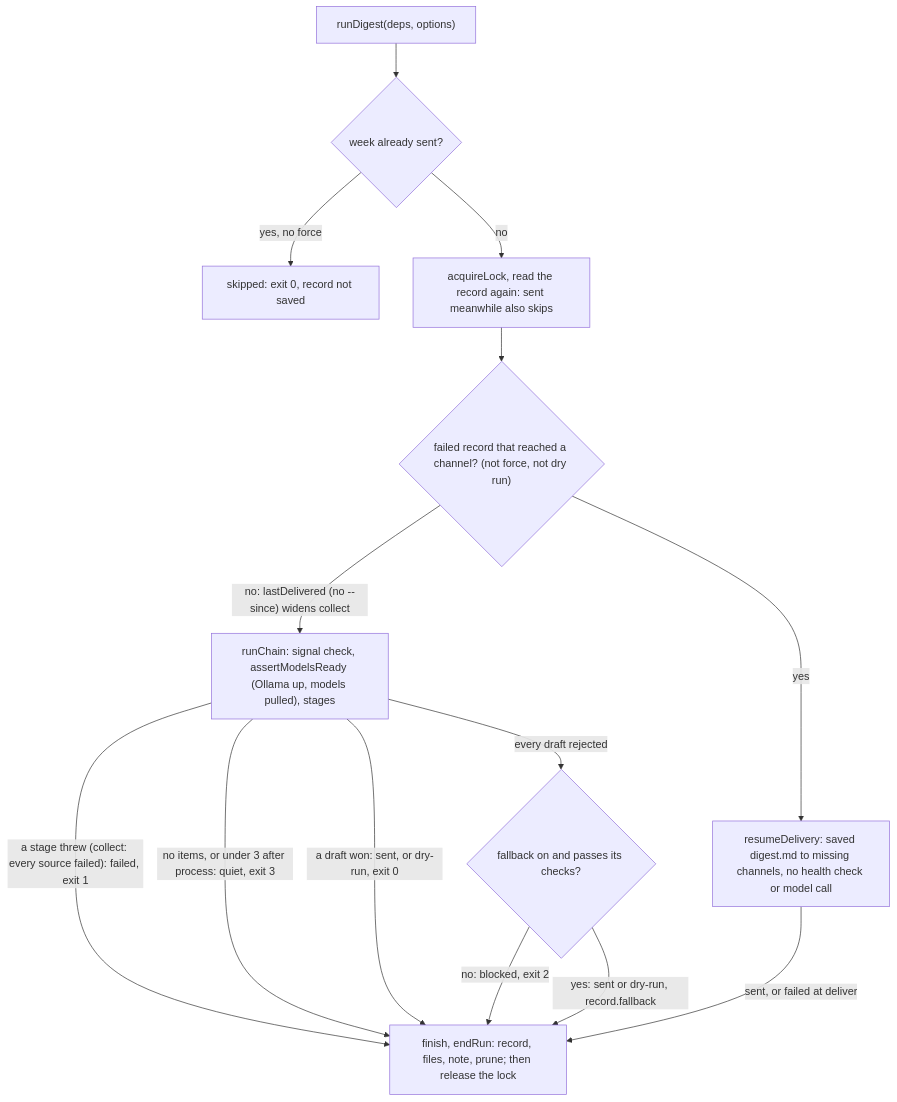
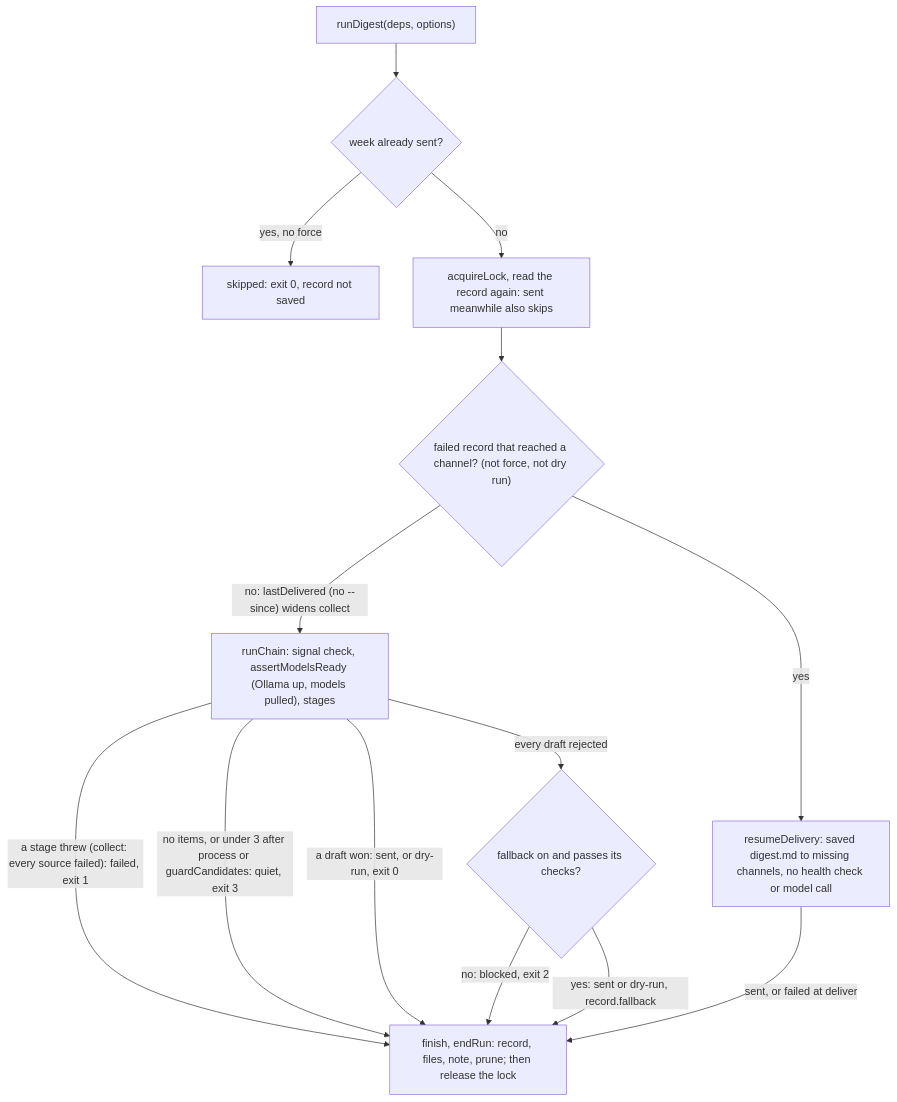
Before and after one commit to odere-pro/weekly-engineering-digest-agent: the second of 2 diagrams in src/digest/CLAUDE.md, drawn with Mermaid. The commit also changed other lines of this file and 106 other files, not shown here.

First line of the commit message:
perf: guard the picks after process and reuse a week's model answers

````diff
--- a/src/digest/CLAUDE.md
+++ b/src/digest/CLAUDE.md
@@ -25,17 +25,17 @@
 ```mermaid
 flowchart TD
   start["runDigest(deps, options)"] --> seen{"week already sent?"}
   seen -->|"yes, no force"| skipped["skipped: exit 0, record not saved"]
   seen -->|no| lock["acquireLock, read the record again: sent meanwhile also skips"]
   lock --> part{"failed record that reached a channel? (not force, not dry run)"}
   part -->|yes| resume["resumeDelivery: saved digest.md to missing channels, no health check or model call"]
   part -->|"no: lastDelivered (no --since) widens collect"| chain["runChain: signal check, assertModelsReady (Ollama up, models pulled), stages"]
   chain -->|"a stage threw (collect: every source failed): failed, exit 1"| endRun
-  chain -->|"no items, or under 3 after process: quiet, exit 3"| endRun
+  chain -->|"no items, or under 3 after process or guardCandidates: quiet, exit 3"| endRun
   chain -->|"a draft won: sent, or dry-run, exit 0"| endRun
   chain -->|"every draft rejected"| fb{"fallback on and passes its checks?"}
   fb -->|"no: blocked, exit 2"| endRun
   fb -->|"yes: sent or dry-run, record.fallback"| endRun
   resume -->|"sent, or failed at deliver"| endRun
   endRun["finish, endRun: record, files, note, prune; then release the lock"]
 ```
````
